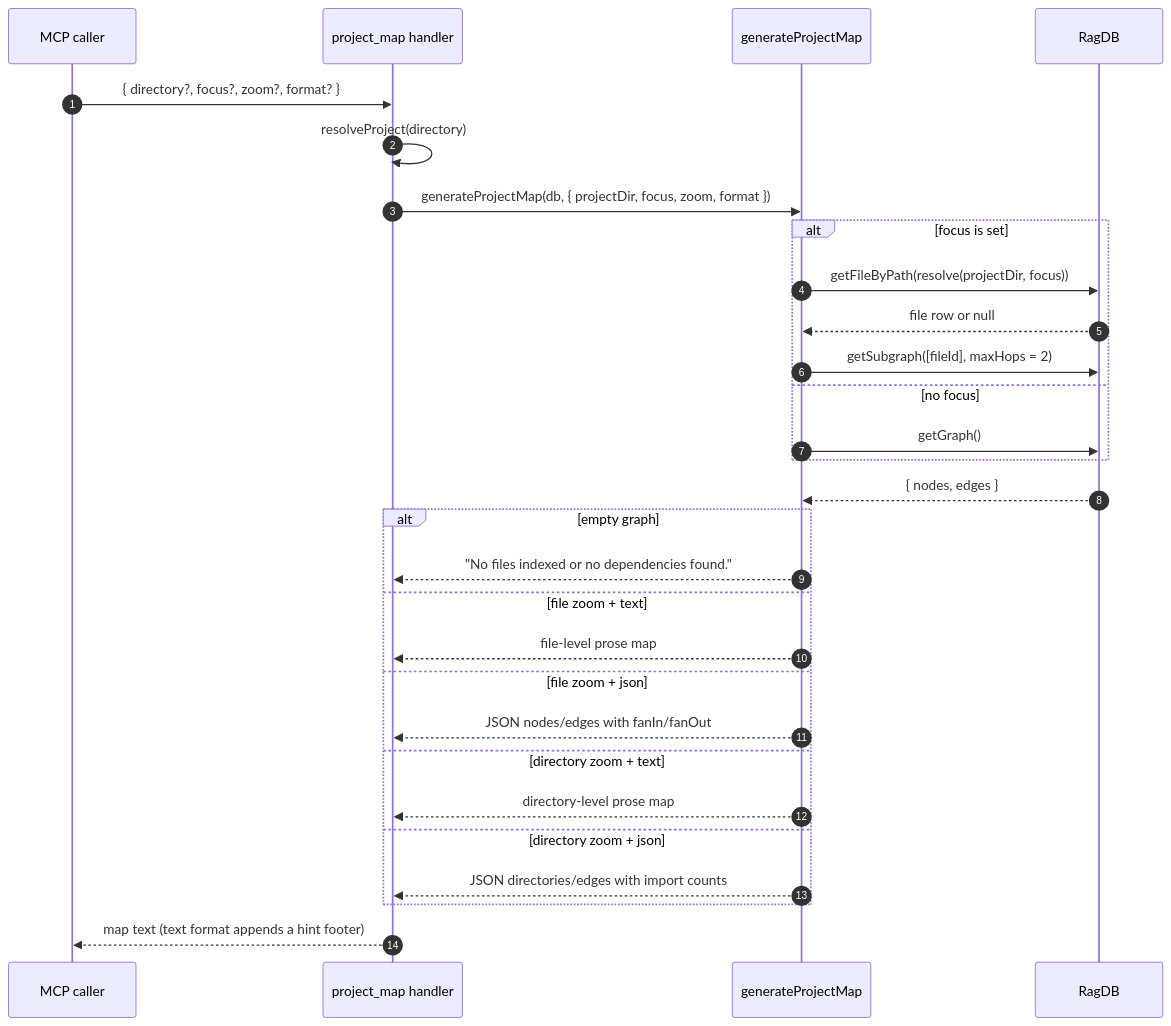
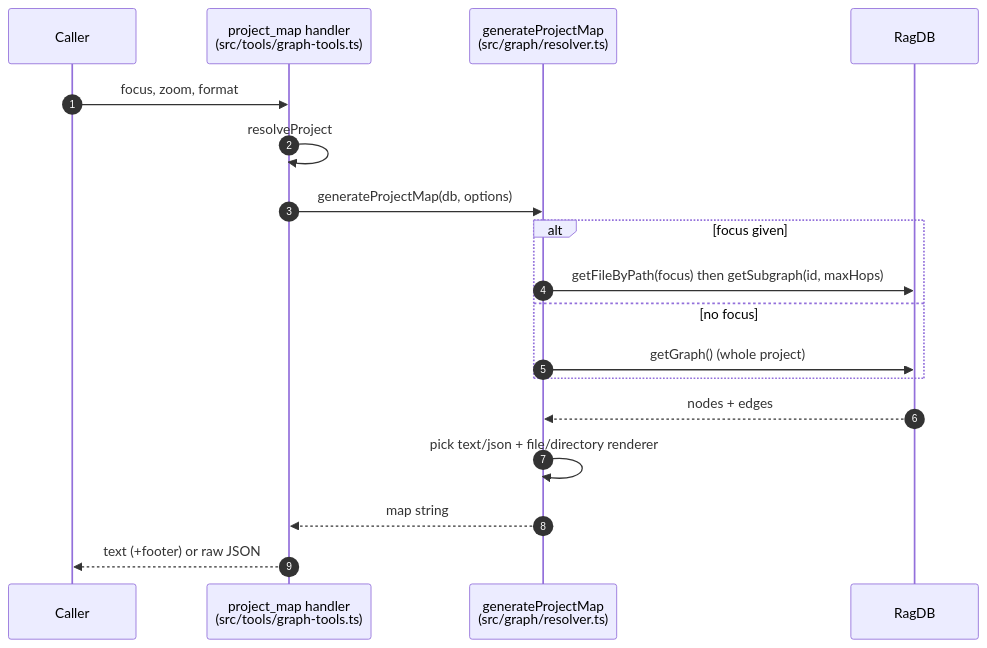
The diagram in wiki/tools/project-map.md (TheWinci/mimirs), drawn with Mermaid before and after one commit. The commit also changed other lines of this file and 52 other files, not shown here.

````diff
--- a/wiki/tools/project-map.md
+++ b/wiki/tools/project-map.md
@@ -15,31 +33,20 @@
 ```mermaid
 sequenceDiagram
-    autonumber
-    participant Caller as MCP caller
-    participant Handler as project_map handler
-    participant Resolver as generateProjectMap
-    participant DB as RagDB
-    Caller->>Handler: { directory?, focus?, zoom?, format? }
-    Handler->>Handler: resolveProject(directory)
-    Handler->>Resolver: generateProjectMap(db, { projectDir, focus, zoom, format })
-    alt focus is set
-        Resolver->>DB: getFileByPath(resolve(projectDir, focus))
-        DB-->>Resolver: file row or null
-        Resolver->>DB: getSubgraph([fileId], maxHops = 2)
-    else no focus
-        Resolver->>DB: getGraph()
-    end
-    DB-->>Resolver: { nodes, edges }
-    alt empty graph
-        Resolver-->>Handler: "No files indexed or no dependencies found."
-    else file zoom + text
-        Resolver-->>Handler: file-level prose map
-    else file zoom + json
-        Resolver-->>Handler: JSON nodes/edges with fanIn/fanOut
-    else directory zoom + text
-        Resolver-->>Handler: directory-level prose map
-    else directory zoom + json
-        Resolver-->>Handler: JSON directories/edges with import counts
-    end
-    Handler-->>Caller: map text (text format appends a hint footer)
+  autonumber
+  participant Caller
+  participant Handler as project_map handler<br>(src/tools/graph-tools.ts)
+  participant Gen as generateProjectMap<br>(src/graph/resolver.ts)
+  participant DB as RagDB
+  Caller->>Handler: focus, zoom, format
+  Handler->>Handler: resolveProject
+  Handler->>Gen: generateProjectMap(db, options)
+  alt focus given
+    Gen->>DB: getFileByPath(focus) then getSubgraph(id, maxHops)
+  else no focus
+    Gen->>DB: getGraph() (whole project)
+  end
+  DB-->>Gen: nodes + edges
+  Gen->>Gen: pick text/json + file/directory renderer
+  Gen-->>Handler: map string
+  Handler-->>Caller: text (+footer) or raw JSON
 ```
````
